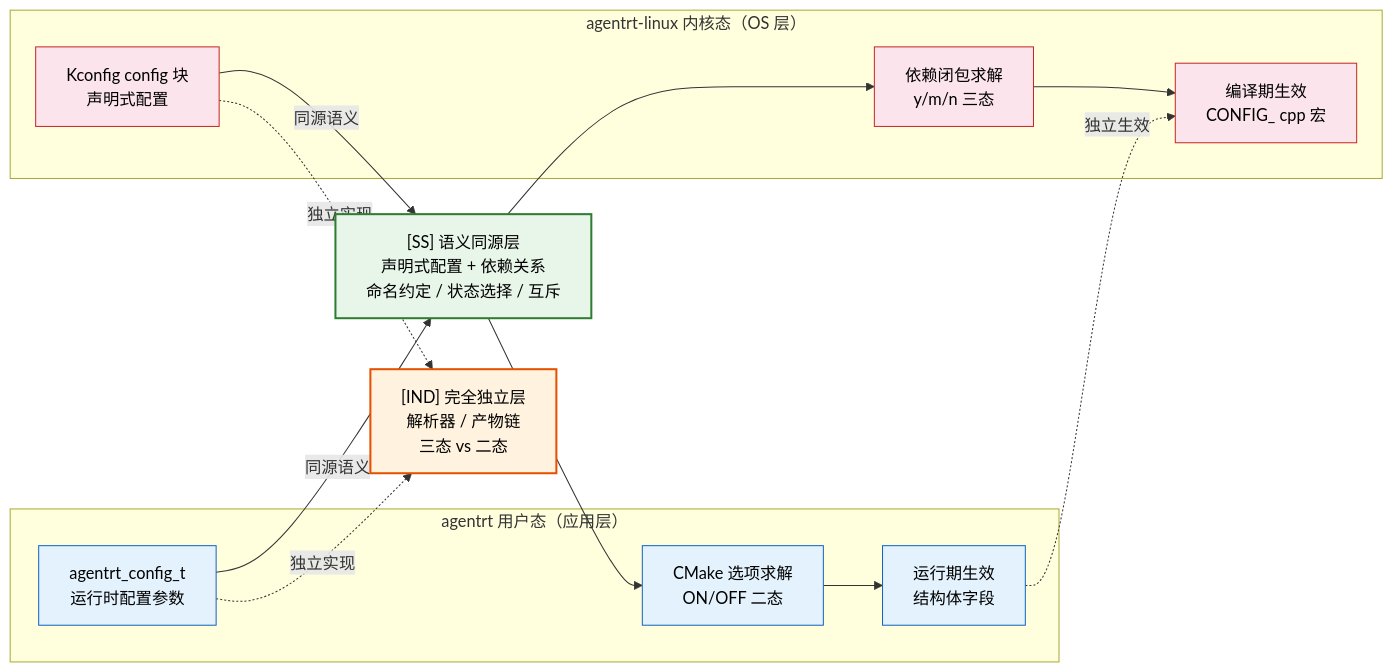
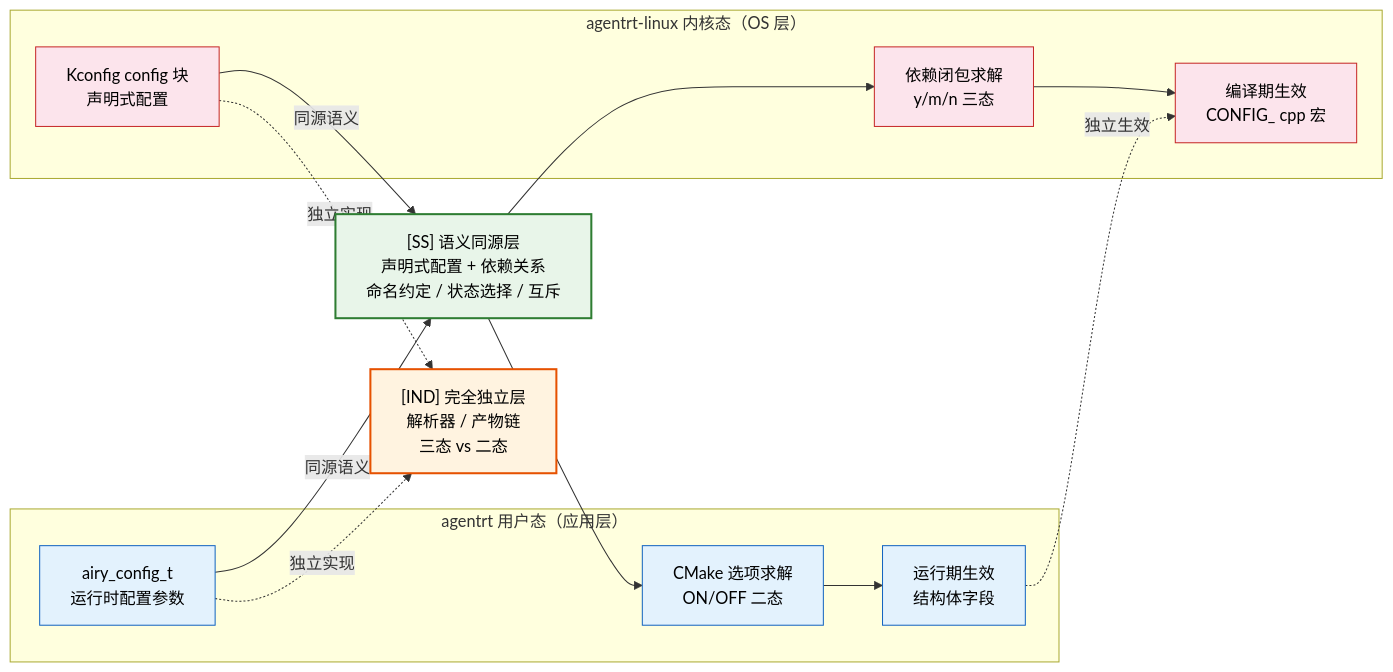
Before and after one commit to openairymax/docs-linux: the fourth of 4 diagrams in 70-build-system/02-kconfig-system.md, drawn with Mermaid. The commit also changed other lines of this file and 132 other files, not shown here.

Commit message:
chore: 完成全项目命名空间从agentrt到airy的统一替换 本次提交完成了代码库中所有`agentrt_`相关命名空间、宏定义、标识符的统一替换，改为`airy_`前缀，同时完成了部分文档的排版优化与路径修正： 1. 替换了所有API函数、结构体、宏定义的命名前缀 2. 更新了文档中的示例代码与引用路径

````diff
--- a/70-build-system/02-kconfig-system.md
+++ b/70-build-system/02-kconfig-system.md
@@ -529,34 +529,34 @@
 ```mermaid
 graph LR
     subgraph "agentrt 用户态（应用层）"
-        A1["agentrt_config_t<br/>运行时配置参数"]
+        A1["airy_config_t<br/>运行时配置参数"]
         A2["CMake 选项求解<br/>ON/OFF 二态"]
         A3["运行期生效<br/>结构体字段"]
     end
     subgraph "agentrt-linux 内核态（OS 层）"
         K1["Kconfig config 块<br/>声明式配置"]
         K2["依赖闭包求解<br/>y/m/n 三态"]
         K3["编译期生效<br/>CONFIG_ cpp 宏"]
     end
     SS["[SS] 语义同源层<br/>声明式配置 + 依赖关系<br/>命名约定 / 状态选择 / 互斥"]
     IND["[IND] 完全独立层<br/>解析器 / 产物链<br/>三态 vs 二态"]
 
     A1 -->|同源语义| SS
     K1 -->|同源语义| SS
     SS --> A2
     SS --> K2
     A2 --> A3
     K2 --> K3
     A1 -.->|独立实现| IND
     K1 -.->|独立实现| IND
     A3 -.->|独立生效| K3
 
     style SS fill:#e8f5e9,stroke:#2e7d32,stroke-width:2px,color:#000
     style IND fill:#fff3e0,stroke:#e65100,stroke-width:2px,color:#000
     style A1 fill:#e3f2fd,stroke:#1565c0,color:#000
     style A2 fill:#e3f2fd,stroke:#1565c0,color:#000
     style A3 fill:#e3f2fd,stroke:#1565c0,color:#000
     style K1 fill:#fce4ec,stroke:#c62828,color:#000
     style K2 fill:#fce4ec,stroke:#c62828,color:#000
     style K3 fill:#fce4ec,stroke:#c62828,color:#000
 ```
````
